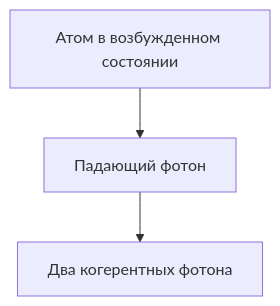
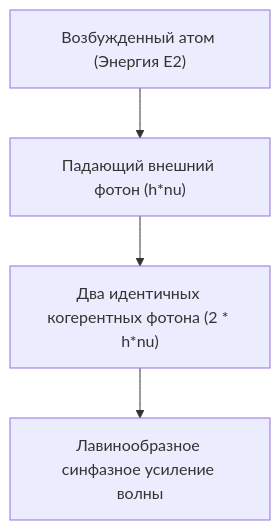
Before and after one commit to kenjinote/blog: the diagram in content/post/physics-laser/index.ru.md, drawn with Mermaid. The commit also changed other lines of this file and 219 other files, not shown here.

````diff
--- a/content/post/physics-laser/index.ru.md
+++ b/content/post/physics-laser/index.ru.md
@@ -17,5 +35,6 @@
 ```mermaid
 flowchart TD
-    A["Атом в возбужденном состоянии"] --> B["Падающий фотон"]
-    B --> C["Два когерентных фотона"]
+    A["Возбужденный атом (Энергия E2)"] --> B["Падающий внешний фотон (h*nu)"]
+    B --> C["Два идентичных когерентных фотона (2 * h*nu)"]
+    C --> D["Лавинообразное синфазное усиление волны"]
 ```
````
